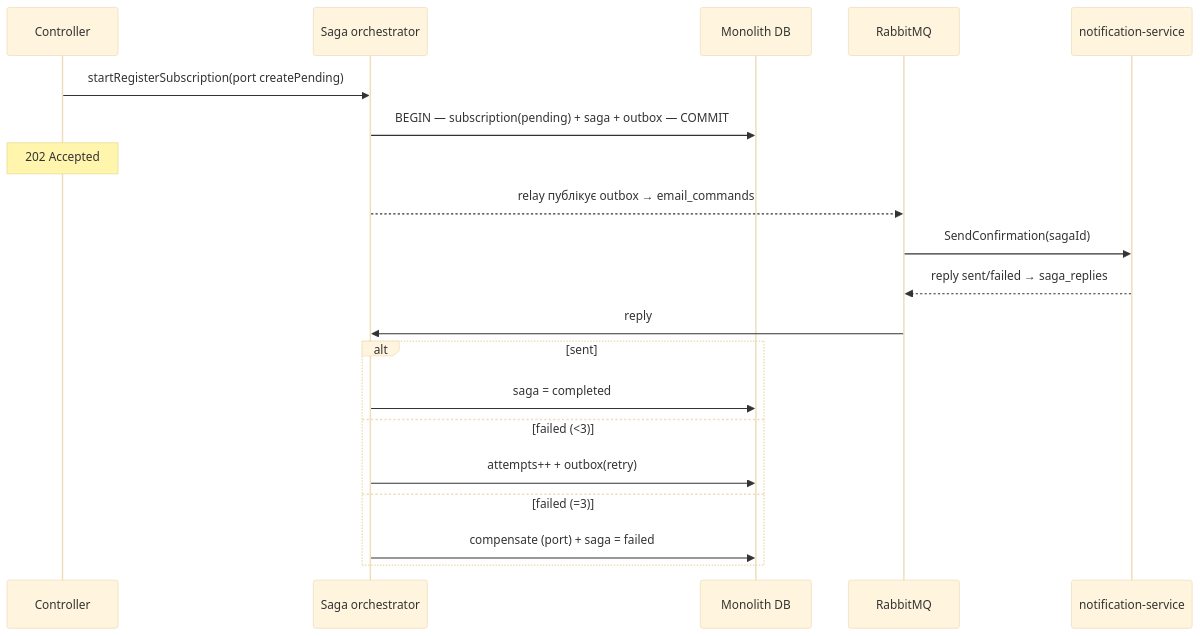
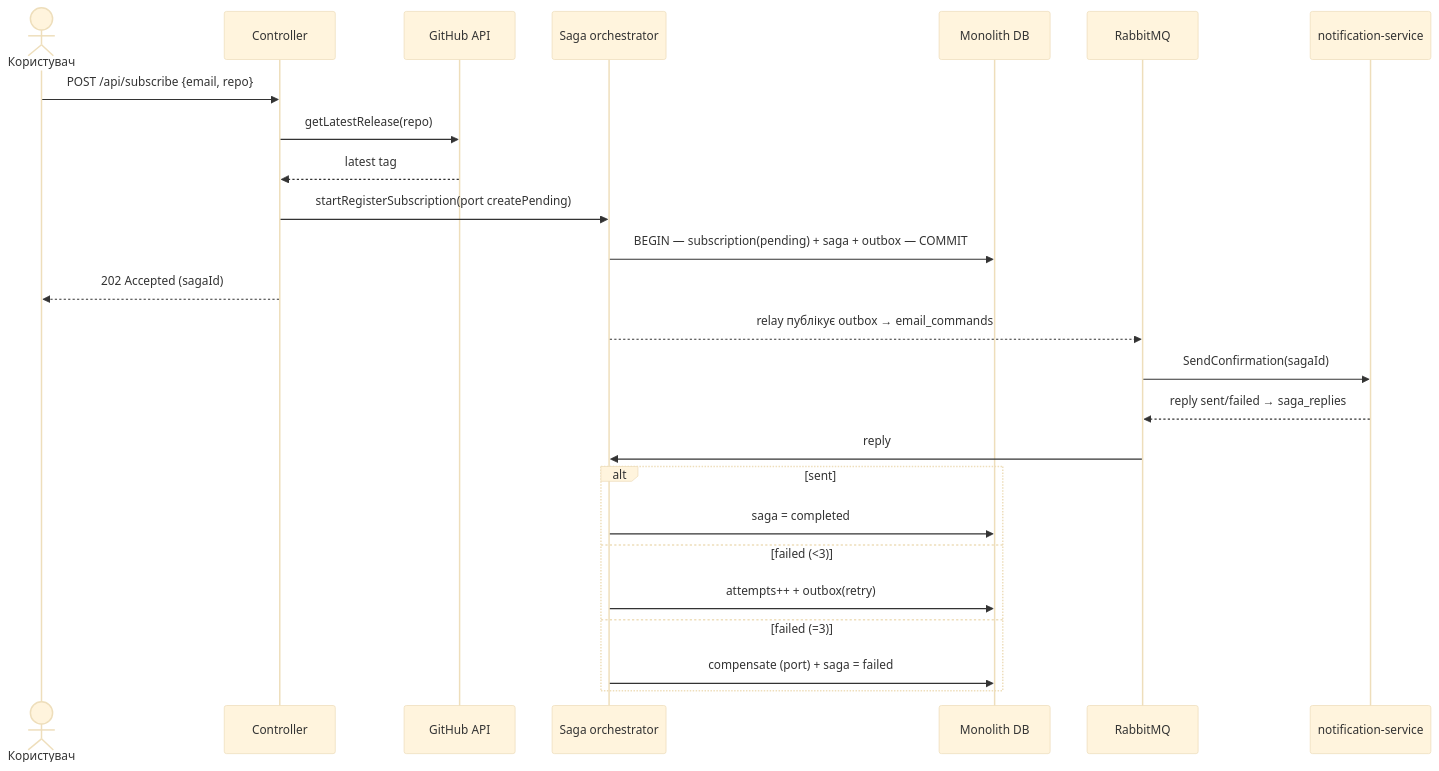
Before and after one commit to GenesisEducationKyiv/software-engineering-school-6-0-ExLyD1: the fourth of 8 diagrams in docs/Architecture.md, drawn with Mermaid (base theme). The commit also changed other lines of this file and 11 other files, not shown here.

Commit message:
docs(arch): high-level diagram, sequence diagrams, ADR/ dir; drop nodemailer

````diff
--- a/docs/Architecture.md
+++ b/docs/Architecture.md
@@ -170,23 +194,28 @@
 ```mermaid
 sequenceDiagram
+    actor U as Користувач
     participant C as Controller
+    participant GH as GitHub API
     participant O as Saga orchestrator
     participant DB as Monolith DB
     participant MQ as RabbitMQ
     participant N as notification-service
 
+    U->>C: POST /api/subscribe {email, repo}
+    C->>GH: getLatestRelease(repo)
+    GH-->>C: latest tag
     C->>O: startRegisterSubscription(port createPending)
     O->>DB: BEGIN — subscription(pending) + saga + outbox — COMMIT
-    Note over C: 202 Accepted
+    C-->>U: 202 Accepted (sagaId)
     O-->>MQ: relay публікує outbox → email_commands
     MQ->>N: SendConfirmation(sagaId)
     N-->>MQ: reply sent/failed → saga_replies
     MQ->>O: reply
     alt sent
         O->>DB: saga = completed
     else failed (<3)
         O->>DB: attempts++ + outbox(retry)
     else failed (=3)
         O->>DB: compensate (port) + saga = failed
     end
 ```
````
